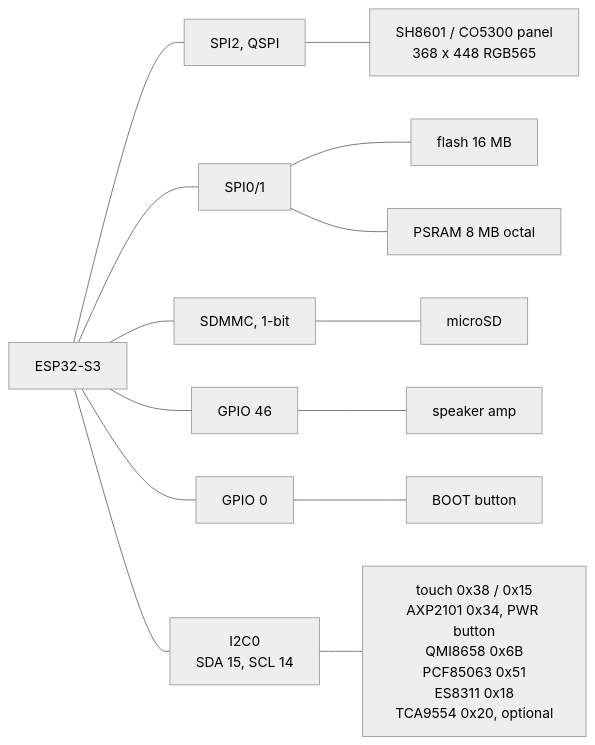
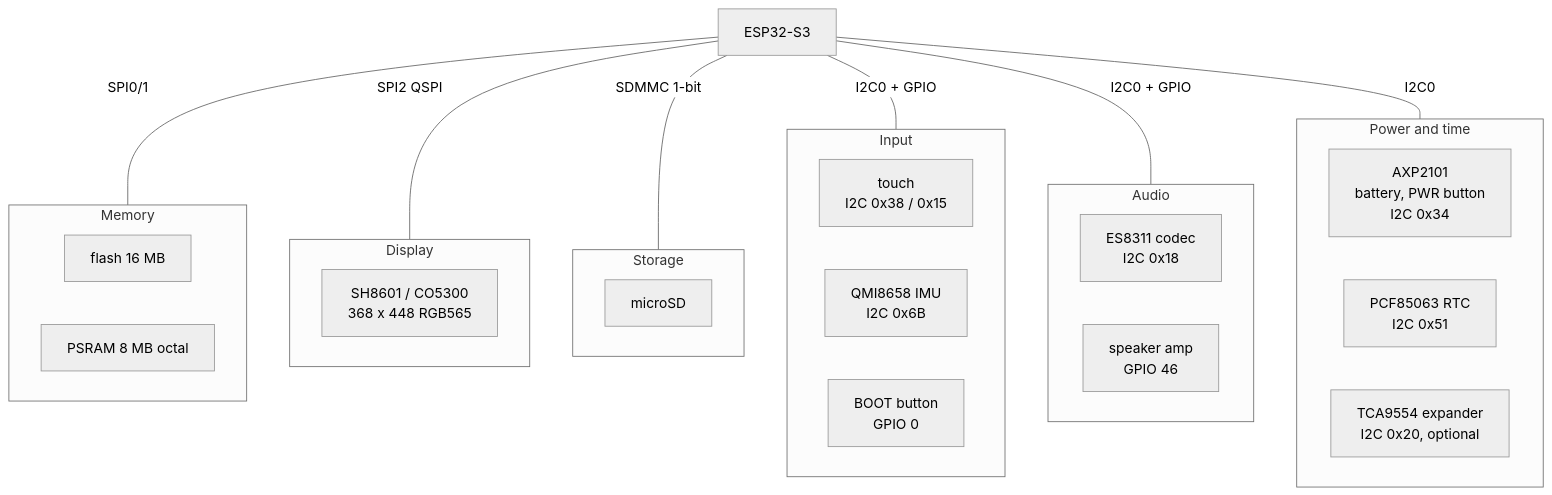
The diagram in docs/notes/Board-and-Memory.md (jose-villegas/autana), drawn with Mermaid (neutral theme) before and after one commit. The commit also changed 1 other file, not shown here.

Commit message:
docs: board diagram grouped by purpose; gravity flow as one straight chain

````diff
--- a/docs/notes/Board-and-Memory.md
+++ b/docs/notes/Board-and-Memory.md
@@ -12,11 +12,34 @@
 ```mermaid
-flowchart LR
+flowchart TB
     SOC["ESP32-S3"]
-    SOC --- QSPI["SPI2, QSPI"] --- PANEL["SH8601 / CO5300 panel<br/>368 x 448 RGB565"]
-    SOC --- MEM["SPI0/1"] --- FL["flash 16 MB"]
-    MEM --- PS["PSRAM 8 MB octal"]
-    SOC --- SD["SDMMC, 1-bit"] --- CARD["microSD"]
-    SOC --- G46["GPIO 46"] --- AMP["speaker amp"]
-    SOC --- G0["GPIO 0"] --- BOOT["BOOT button"]
-    SOC --- I2C["I2C0<br/>SDA 15, SCL 14"] --- DEV["touch 0x38 / 0x15<br/>AXP2101 0x34, PWR button<br/>QMI8658 0x6B<br/>PCF85063 0x51<br/>ES8311 0x18<br/>TCA9554 0x20, optional"]
+    subgraph MEMORY["Memory"]
+        FL["flash 16 MB"]
+        PS["PSRAM 8 MB octal"]
+    end
+    subgraph SHOW["Display"]
+        PANEL["SH8601 / CO5300<br/>368 x 448 RGB565"]
+    end
+    subgraph STORE["Storage"]
+        CARD["microSD"]
+    end
+    subgraph INPUT["Input"]
+        TOUCH["touch<br/>I2C 0x38 / 0x15"]
+        IMU["QMI8658 IMU<br/>I2C 0x6B"]
+        BOOT["BOOT button<br/>GPIO 0"]
+    end
+    subgraph SOUND["Audio"]
+        CODEC["ES8311 codec<br/>I2C 0x18"]
+        AMP["speaker amp<br/>GPIO 46"]
+    end
+    subgraph SYS["Power and time"]
+        PMU["AXP2101<br/>battery, PWR button<br/>I2C 0x34"]
+        RTC["PCF85063 RTC<br/>I2C 0x51"]
+        IOX["TCA9554 expander<br/>I2C 0x20, optional"]
+    end
+    SOC ---|"SPI0/1"| MEMORY
+    SOC ---|"SPI2 QSPI"| SHOW
+    SOC ---|"SDMMC 1-bit"| STORE
+    SOC ---|"I2C0 + GPIO"| INPUT
+    SOC ---|"I2C0 + GPIO"| SOUND
+    SOC ---|"I2C0"| SYS
 ```
````
